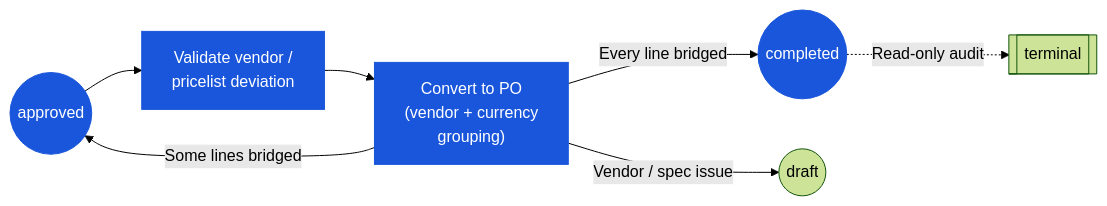
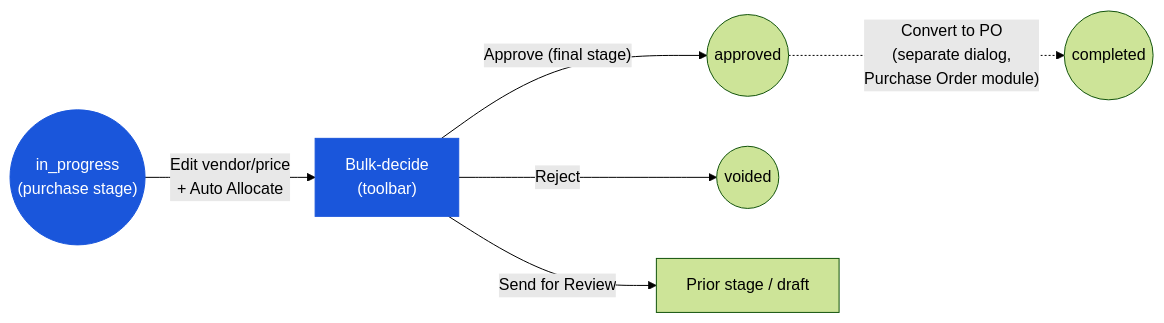
Before and after one commit to CarmenSoftware-organization/carmen-wiki: the diagram in en/inventory/purchase-request/03-user-flow-purchaser.md, drawn with Mermaid (forest theme). The commit also changed other lines of this file and 12 other files, not shown here.

````diff
--- a/en/inventory/purchase-request/03-user-flow-purchaser.md
+++ b/en/inventory/purchase-request/03-user-flow-purchaser.md
@@ -23,10 +25,9 @@
 ```mermaid
 graph LR
-    approved(("approved")):::current --> alloc["Validate vendor /<br/>pricelist deviation"]:::current
-    alloc --> conv["Convert to PO<br/>(vendor + currency<br/>grouping)"]:::current
-    conv -->|"Every line bridged"| completed(("completed")):::current
-    conv -->|"Some lines bridged"| approved
-    conv -->|"Vendor / spec issue"| draft(("draft"))
-    completed -.->|"Read-only audit"| terminal[["terminal"]]
+    inprog(("in_progress<br/>(purchase stage)")):::current -->|"Edit vendor/price<br/>+ Auto Allocate"| decide["Bulk-decide<br/>(toolbar)"]:::current
+    decide -->|"Approve (final stage)"| approved(("approved"))
+    decide -->|"Reject"| voided(("voided"))
+    decide -->|"Send for Review"| prior["Prior stage / draft"]
+    approved -.->|"Convert to PO<br/>(separate dialog,<br/>Purchase Order module)"| completed(("completed"))
     classDef current fill:#1a56db,color:#fff,stroke:#1a56db;
 ```
````
